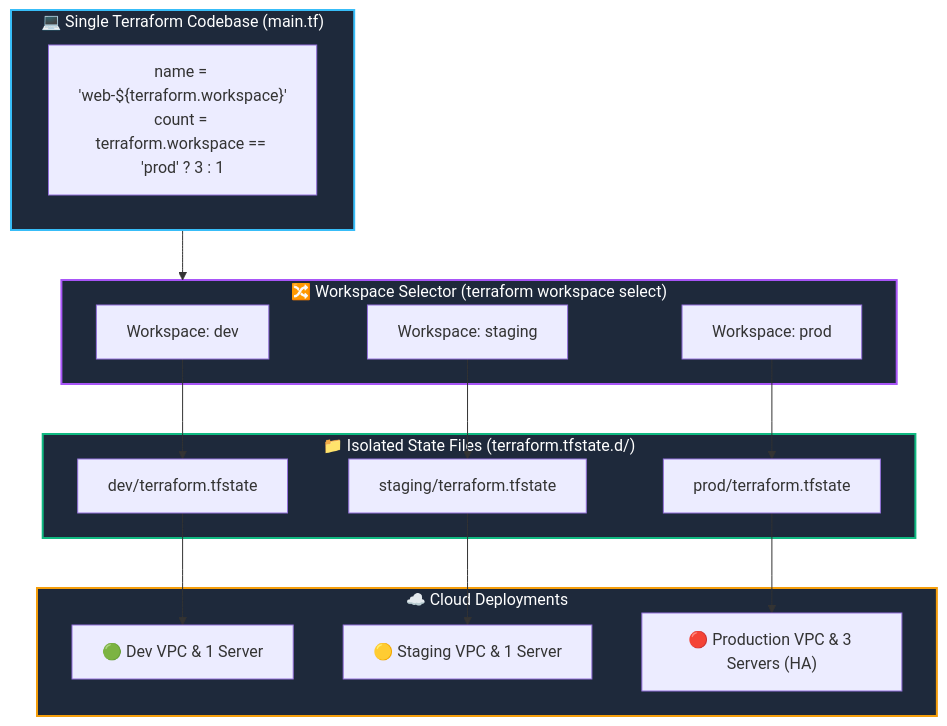
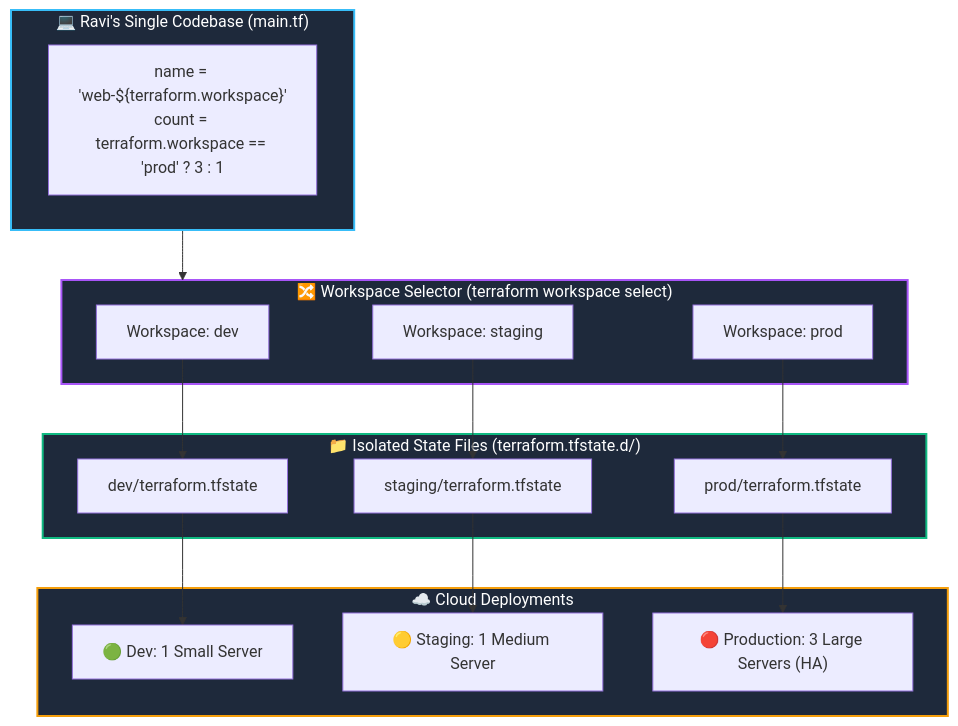
One commit to agravi987/Learning-Terraform-For-DevOps changed the diagram in 14-workspaces/README.md. Above: the diagram before and after it, drawn with Mermaid. The commit also changed other lines of this file and 18 other files, not shown here.

````diff
--- a/14-workspaces/README.md
+++ b/14-workspaces/README.md
@@ -23,34 +27,34 @@
 ```mermaid
 flowchart TD
-    subgraph SingleCodebase ["💻 Single Terraform Codebase (main.tf)"]
+    subgraph SingleCodebase ["💻 Ravi's Single Codebase (main.tf)"]
         HCL["name = 'web-${terraform.workspace}'\ncount = terraform.workspace == 'prod' ? 3 : 1"]
     end
 
     subgraph WorkspaceRouter ["🔀 Workspace Selector (terraform workspace select)"]
         DEV_WS["Workspace: dev"]
         STG_WS["Workspace: staging"]
         PRD_WS["Workspace: prod"]
     end
 
     subgraph StateStorage ["📁 Isolated State Files (terraform.tfstate.d/)"]
         DEV_STATE["dev/terraform.tfstate"]
         STG_STATE["staging/terraform.tfstate"]
         PRD_STATE["prod/terraform.tfstate"]
     end
 
     subgraph CloudEnvironments ["☁️ Cloud Deployments"]
-        DEV_CLOUD["🟢 Dev VPC & 1 Server"]
-        STG_CLOUD["🟡 Staging VPC & 1 Server"]
-        PRD_CLOUD["🔴 Production VPC & 3 Servers (HA)"]
+        DEV_CLOUD["🟢 Dev: 1 Small Server"]
+        STG_CLOUD["🟡 Staging: 1 Medium Server"]
+        PRD_CLOUD["🔴 Production: 3 Large Servers (HA)"]
     end
 
     SingleCodebase --> WorkspaceRouter
     DEV_WS --> DEV_STATE --> DEV_CLOUD
     STG_WS --> STG_STATE --> STG_CLOUD
     PRD_WS --> PRD_STATE --> PRD_CLOUD
 
     style SingleCodebase fill:#1e293b,stroke:#38bdf8,stroke-width:2px,color:#fff
     style WorkspaceRouter fill:#1e293b,stroke:#a855f7,stroke-width:2px,color:#fff
     style StateStorage fill:#1e293b,stroke:#10b981,stroke-width:2px,color:#fff
     style CloudEnvironments fill:#1e293b,stroke:#f59e0b,stroke-width:2px,color:#fff
 ```
````
